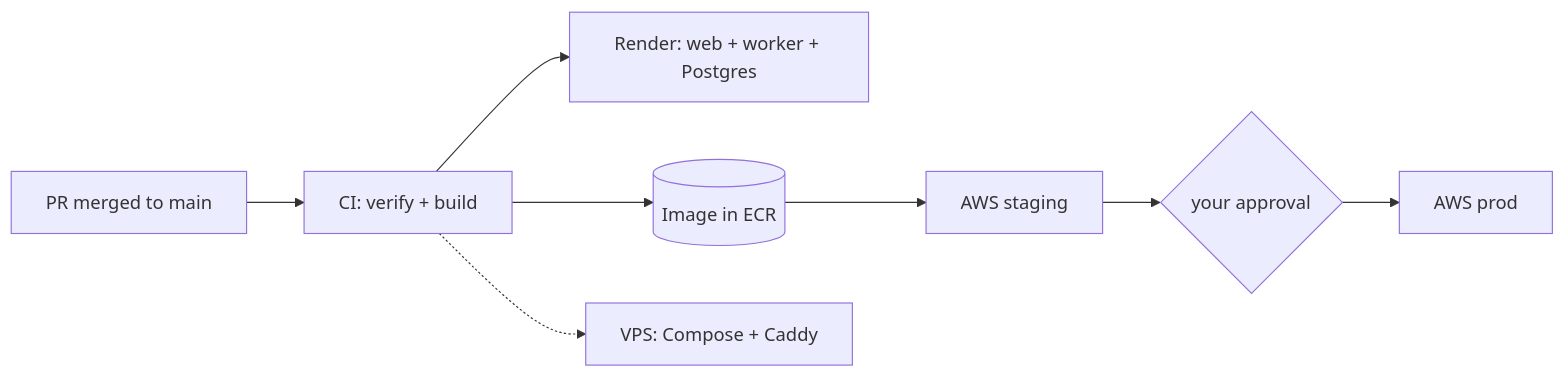
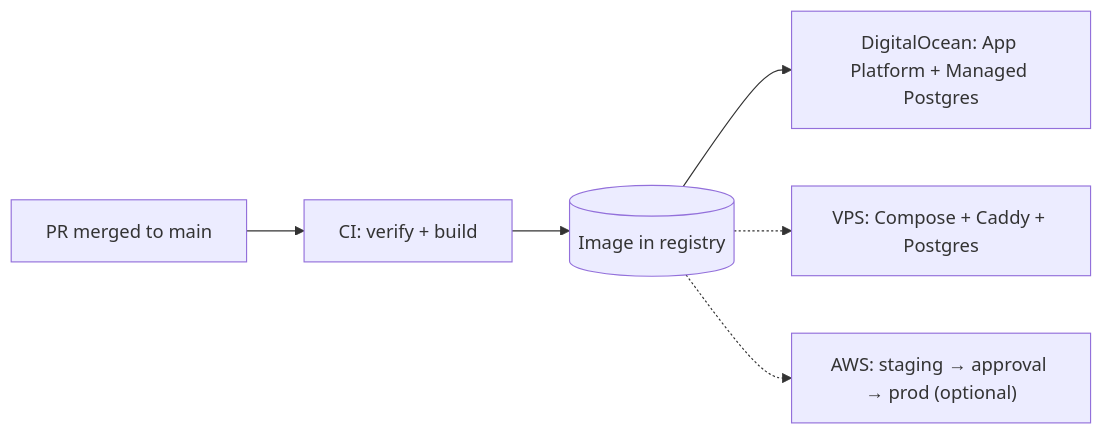
Before and after one commit to hinoahlee/launchpad: the first of 3 diagrams in docs/roadmap/README.md, drawn with Mermaid. The commit also changed other lines of this file and 31 other files, not shown here.

Commit message:
docs: switch deploy target to DigitalOcean; VPS next, AWS optional, Render retired (decision 004)

````diff
--- a/docs/roadmap/README.md
+++ b/docs/roadmap/README.md
@@ -56,8 +58,8 @@
 ```mermaid
 flowchart LR
   pr["PR merged to main"] --> ci["CI: verify + build"]
-  ci --> render["Render: web + worker + Postgres"]
-  ci --> ecr[("Image in ECR")]
-  ecr --> stg["AWS staging"] --> ok{"your approval"} --> prod["AWS prod"]
-  ci -.-> vps["VPS: Compose + Caddy"]
+  ci --> reg[("Image in registry")]
+  reg --> do["DigitalOcean: App Platform + Managed Postgres"]
+  reg -.-> vps["VPS: Compose + Caddy + Postgres"]
+  reg -.-> aws["AWS: staging → approval → prod (optional)"]
 ```
````
